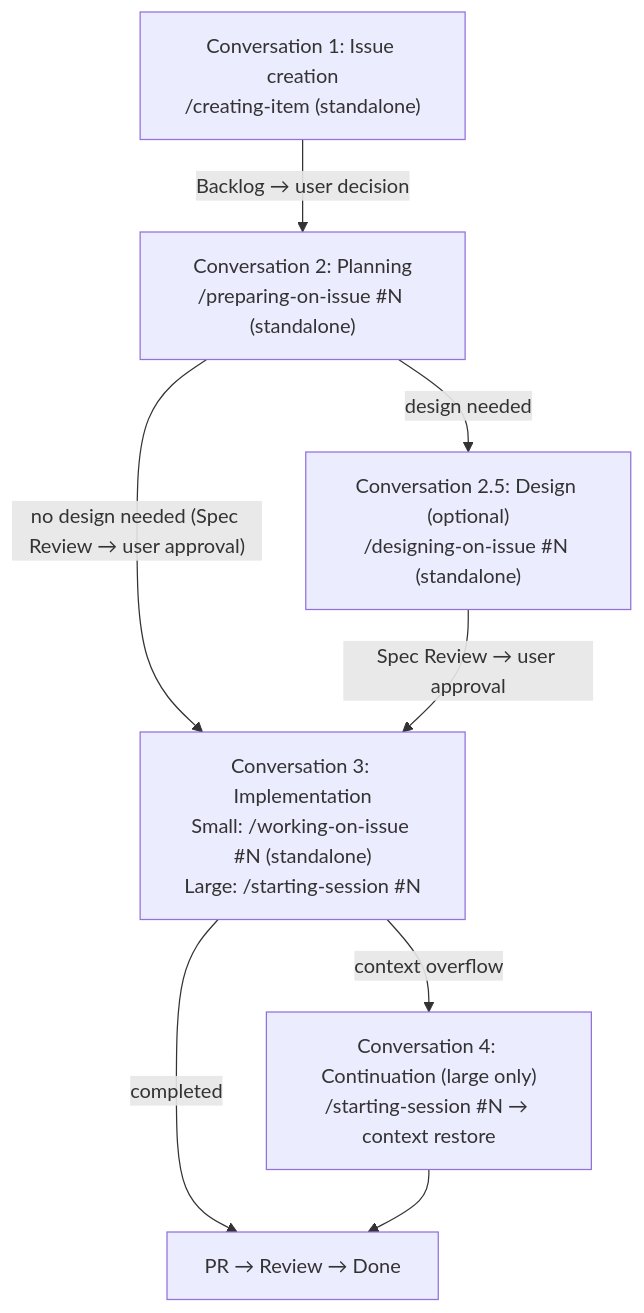
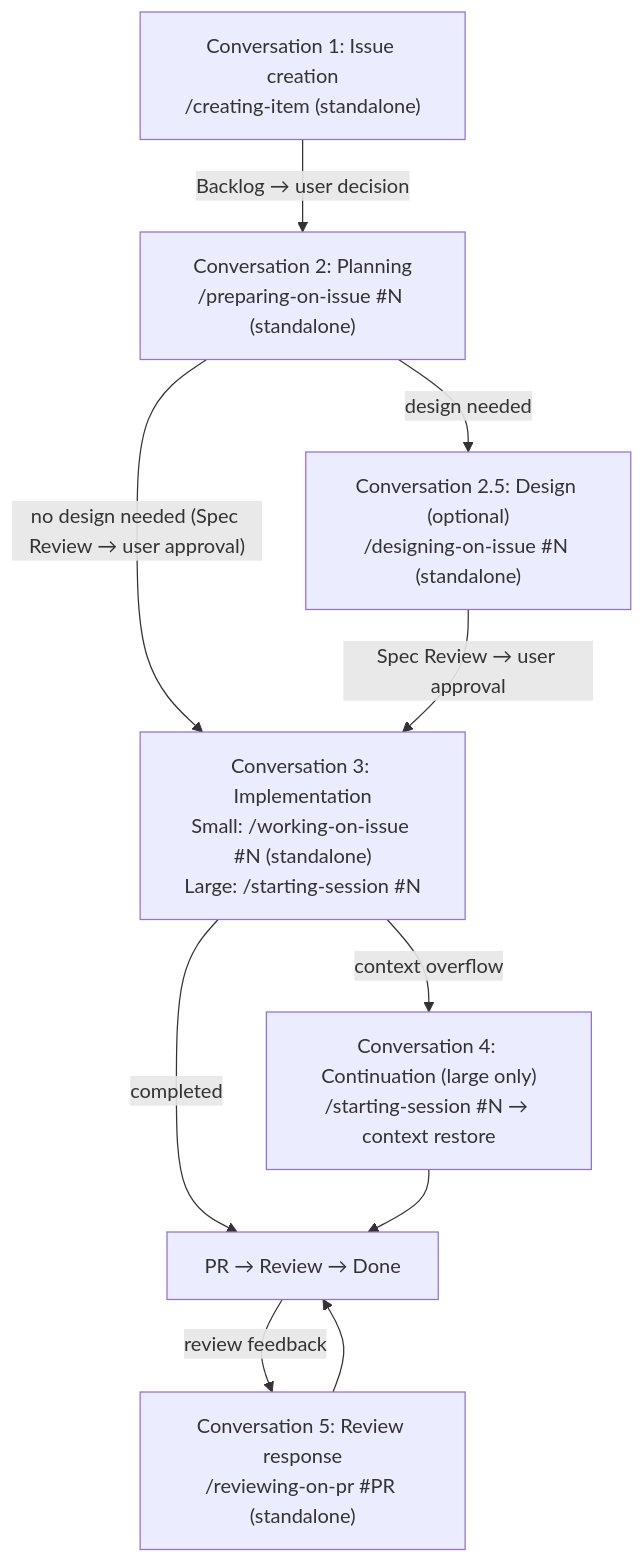
The second of 3 diagrams in shirokuma-skills-en/rules/best-practices-first.md (ShirokumaLibrary/shirokuma-plugins), drawn with Mermaid before and after one commit. The commit also changed other lines of this file and 44 other files, not shown here.

````diff
--- a/shirokuma-skills-en/rules/best-practices-first.md
+++ b/shirokuma-skills-en/rules/best-practices-first.md
@@ -39,16 +39,18 @@
 ```mermaid
 graph TD
     C1["Conversation 1: Issue creation<br/>/creating-item (standalone)"]
     C2["Conversation 2: Planning<br/>/preparing-on-issue #N (standalone)"]
     C2D["Conversation 2.5: Design (optional)<br/>/designing-on-issue #N (standalone)"]
     C3["Conversation 3: Implementation<br/>Small: /working-on-issue #N (standalone)<br/>Large: /starting-session #N"]
     C4["Conversation 4: Continuation (large only)<br/>/starting-session #N → context restore"]
 
     C1 -->|"Backlog → user decision"| C2
     C2 -->|"design needed"| C2D
     C2 -->|"no design needed (Spec Review → user approval)"| C3
     C2D -->|"Spec Review → user approval"| C3
     C3 -->|"context overflow"| C4
     C3 -->|"completed"| Done["PR → Review → Done"]
     C4 --> Done
+    Done -->|"review feedback"| C5["Conversation 5: Review response<br/>/reviewing-on-pr #PR (standalone)"]
+    C5 --> Done
 ```
````
